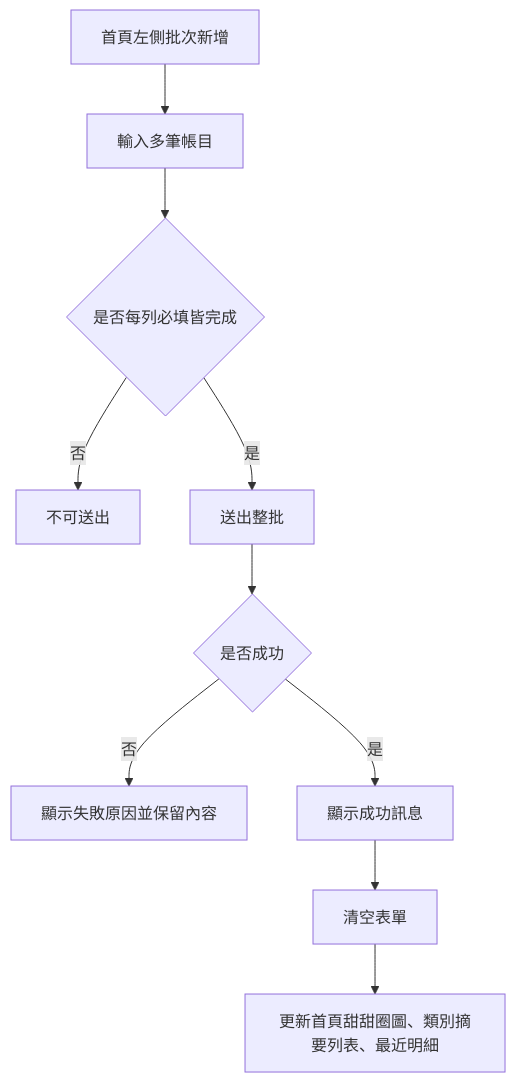
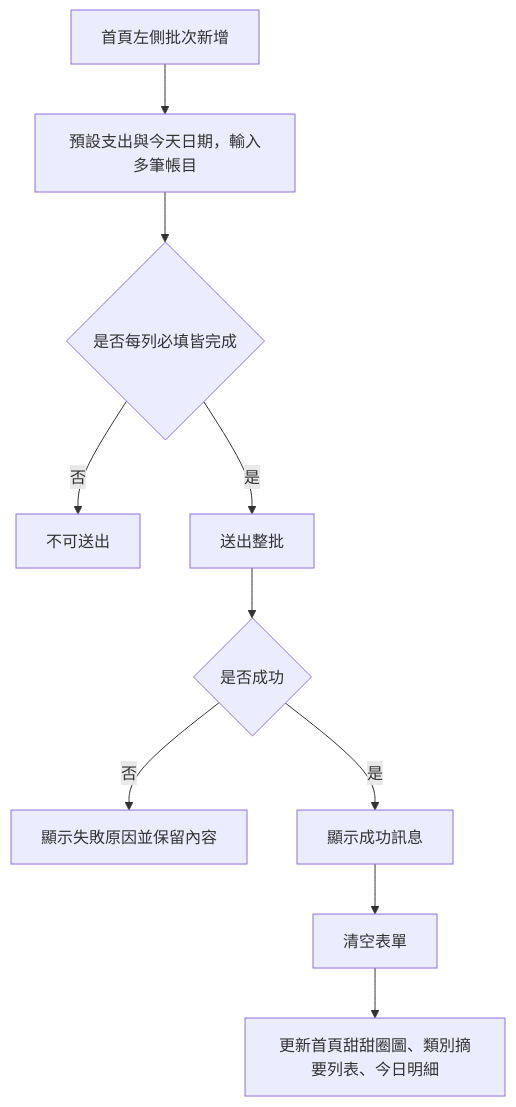
One commit to ivyliu1201/personal-accounting-app changed the third of 12 diagrams in FLOW.md. Above: the diagram before and after it, drawn with Mermaid. The commit also changed other lines of this file and 32 other files, not shown here.

````diff
--- a/FLOW.md
+++ b/FLOW.md
@@ -34,12 +34,12 @@
 ```mermaid
 flowchart TD
-A[首頁左側批次新增] --> B[輸入多筆帳目]
+A[首頁左側批次新增] --> B[預設支出與今天日期，輸入多筆帳目]
 B --> C{是否每列必填皆完成}
 C -- 否 --> D[不可送出]
 C -- 是 --> E[送出整批]
 E --> F{是否成功}
 F -- 否 --> G[顯示失敗原因並保留內容]
 F -- 是 --> H[顯示成功訊息]
 H --> I[清空表單]
-I --> J[更新首頁甜甜圈圖、類別摘要列表、最近明細]
+I --> J[更新首頁甜甜圈圖、類別摘要列表、今日明細]
 ```
````
